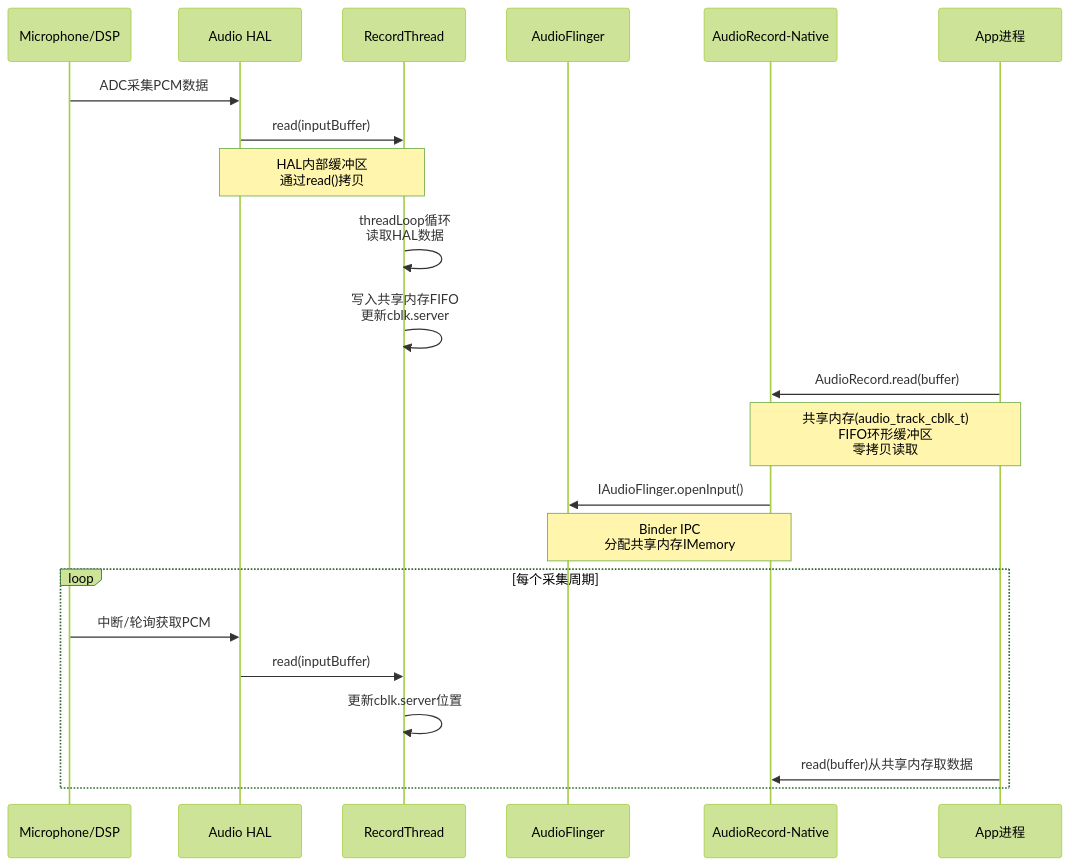
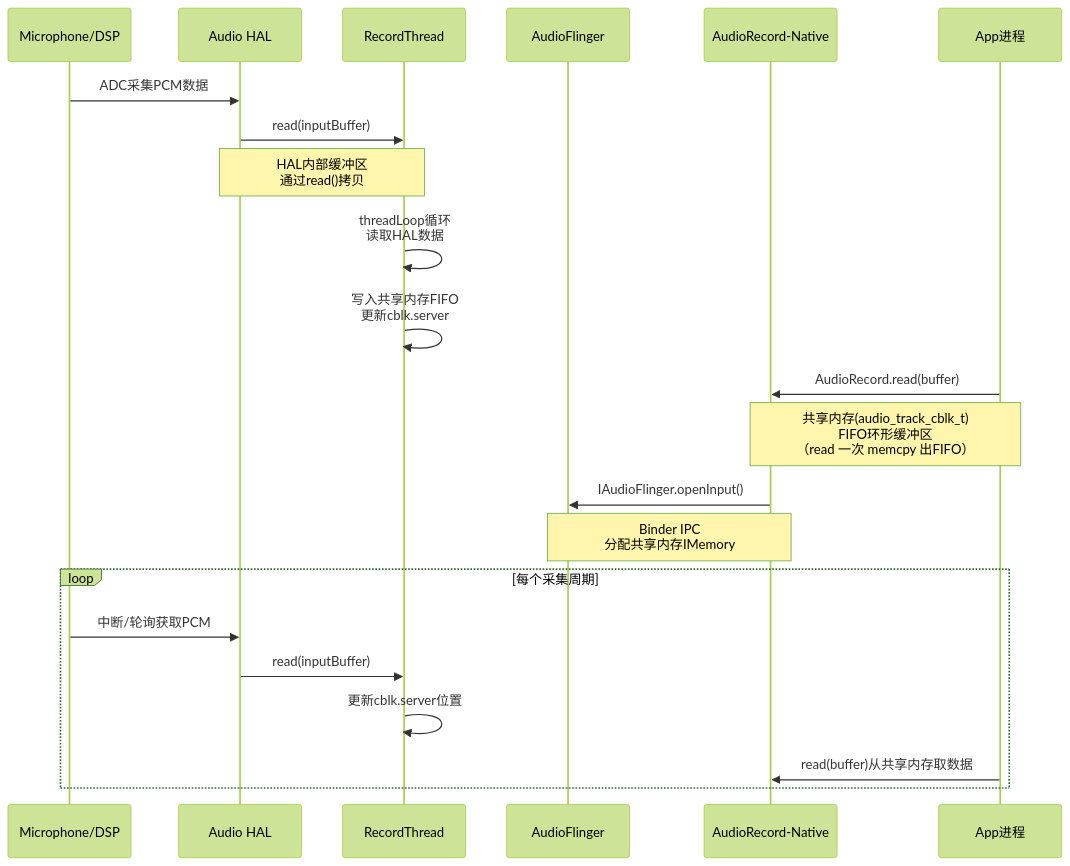
One commit to yanglinzhen1022/SA8295_AAOS_QNX_Audio_KnowledgeBase changed the second of 2 diagrams in 01_Architecture_Overview/01_1.8_播放录音全栈数据流向图.md. Above: the diagram before and after it, drawn with Mermaid (forest theme). The commit also changed other lines of this file and 10 other files, not shown here.

````diff
--- a/01_Architecture_Overview/01_1.8_播放录音全栈数据流向图.md
+++ b/01_Architecture_Overview/01_1.8_播放录音全栈数据流向图.md
@@ -51,29 +51,29 @@
 ```mermaid
 sequenceDiagram
     participant DSP as Microphone/DSP
     participant HAL as Audio HAL
     participant RT as RecordThread
     participant AF as AudioFlinger
     participant AR as AudioRecord-Native
     participant App as App进程
 
     DSP->>HAL: ADC采集PCM数据
     HAL->>RT: read(inputBuffer)
     Note over HAL,RT: HAL内部缓冲区<br/>通过read()拷贝
 
     RT->>RT: threadLoop循环<br/>读取HAL数据
     RT->>RT: 写入共享内存FIFO<br/>更新cblk.server
 
     App->>AR: AudioRecord.read(buffer)
-    Note over AR,App: 共享内存(audio_track_cblk_t)<br/>FIFO环形缓冲区<br/>零拷贝读取
+    Note over AR,App: 共享内存(audio_track_cblk_t)<br/>FIFO环形缓冲区<br/>（read 一次 memcpy 出FIFO）
 
     AR->>AF: IAudioFlinger.openInput()
     Note over AR,AF: Binder IPC<br/>分配共享内存IMemory
 
     loop 每个采集周期
         DSP->>HAL: 中断/轮询获取PCM
         HAL->>RT: read(inputBuffer)
         RT->>RT: 更新cblk.server位置
         App->>AR: read(buffer)从共享内存取数据
     end
 ```
````
